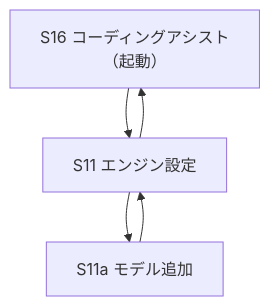
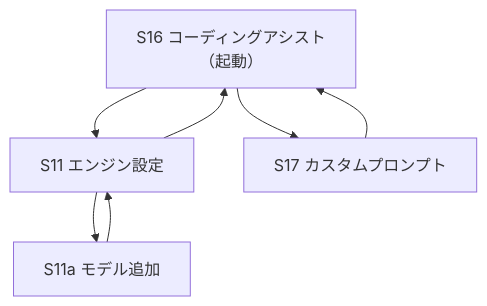
Before and after one commit to eda-mame-saya/lmcode: the diagram in document/詳細設計/画面/00_画面一覧と遷移.md, drawn with Mermaid. The commit also changed other lines of this file and 32 other files, not shown here.

````diff
--- a/document/詳細設計/画面/00_画面一覧と遷移.md
+++ b/document/詳細設計/画面/00_画面一覧と遷移.md
@@ -15,11 +15,14 @@
 ```mermaid
 flowchart TB
   S16["S16 コーディングアシスト<br/>（起動）"]
   S11["S11 エンジン設定"]
   S11a["S11a モデル追加"]
+  S17["S17 カスタムプロンプト"]
 
   S16 --> S11
+  S16 --> S17
   S11 --> S11a
   S11 --> S16
   S11a --> S11
+  S17 --> S16
 ```
````
